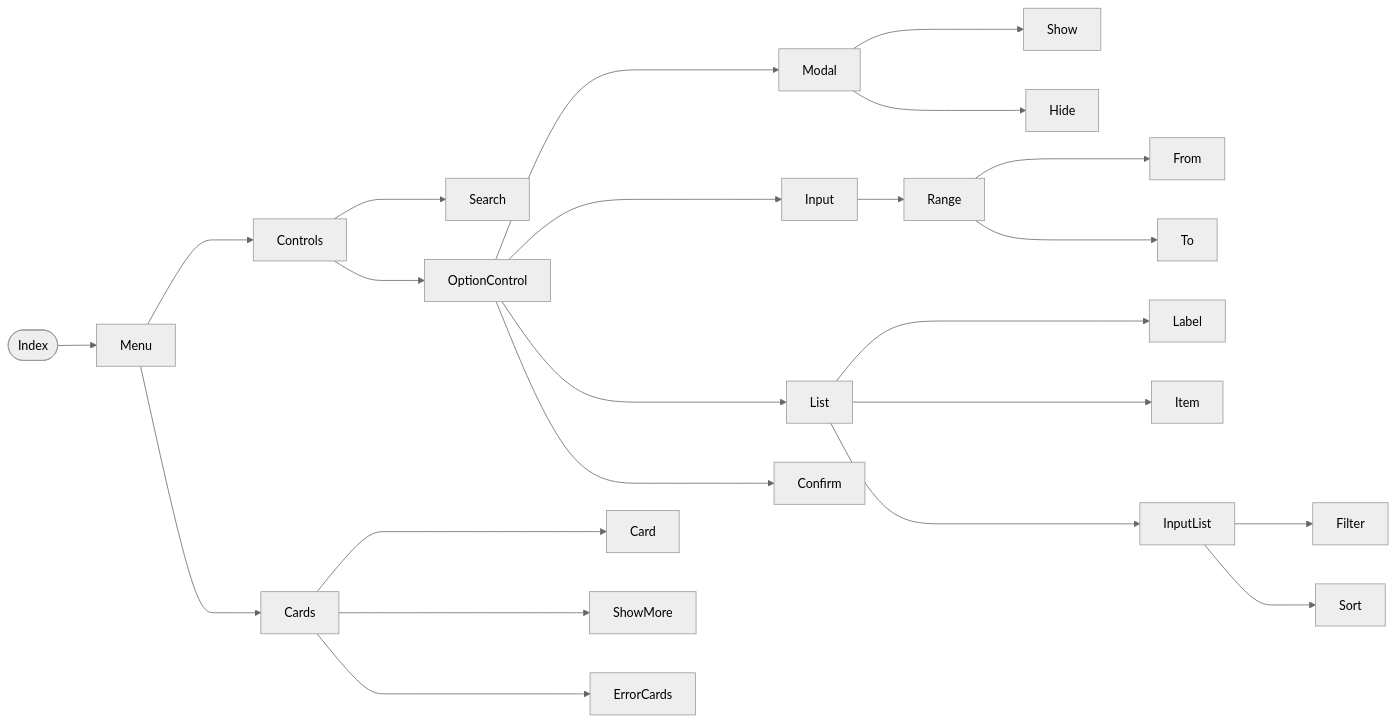
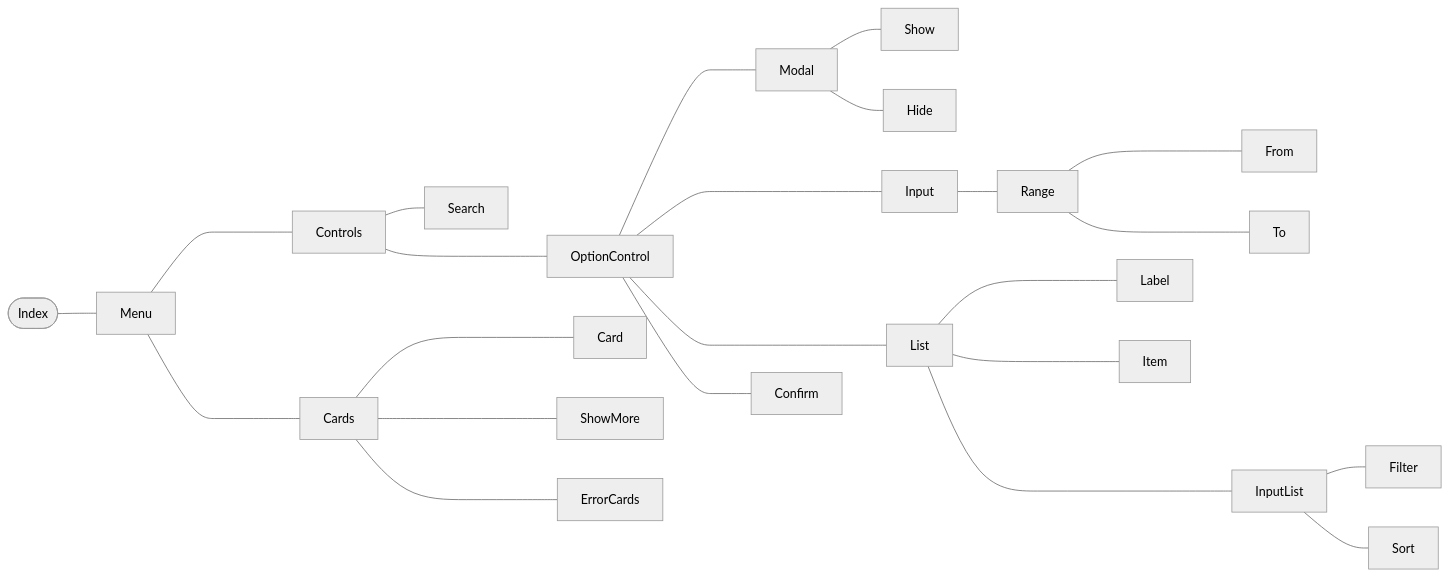
The diagram in README.md (rodrigodomingorena/para-el-readme), drawn with Mermaid (neutral theme) before and after one commit.

````diff
--- a/README.md
+++ b/README.md
@@ -167,13 +167,34 @@
    ```mermaid
    flowchart LR
-      index([Index]) --> menu[Menu]
-      menu ---> controls[Controls] & cards[Cards]
-      controls ---> search[Search] & option[OptionControl]
-      option ----> modal[Modal] & input[Input] & list[List] & confirm[Confirm]
-      modal ---> show[Show] & hide[Hide]
-      input --> range[Range]
-      range ---> from[From] & to[To]
-      list ----> label[Label] & item[Item] & inputlist[InputList]
-      inputlist ---> F[Filter] & sort[Sort]
-      cards ----> card[Card] & showmore[ShowMore] & errorcards[ErrorCards]
+      index([Index]) --- menu[Menu]
+      
+      menu ----- controls[Controls]
+      menu ----- cards[Cards]
+            
+      controls --- search[Search]
+      controls ---- option[OptionControl]
+      
+      option ---- modal[Modal]
+      option ----- input[Input]
+      option ----- list[List]
+      option ---- confirm[Confirm]
+            
+      modal --- show[Show]
+      modal --- hide[Hide]
+      
+      input --- range[Range]
+ 
+      range ---- from[From]
+      range ---- to[To]
+      
+      list ---- label[Label]
+      list ---- item[Item]
+      list ----- inputlist[InputList]
+      
+      inputlist --- F[Filter]
+      inputlist --- sort[Sort]
+      
+      cards ---- card[Card]
+      cards ---- showmore[ShowMore]
+      cards ---- errorcards[ErrorCards]
    ```
````
